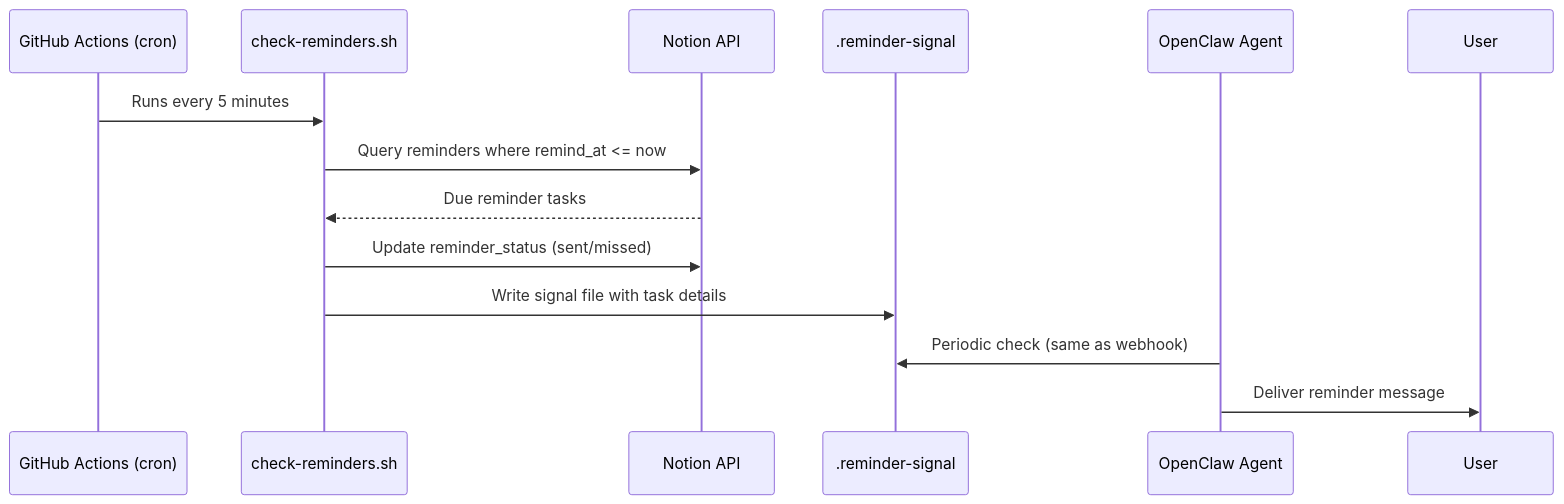
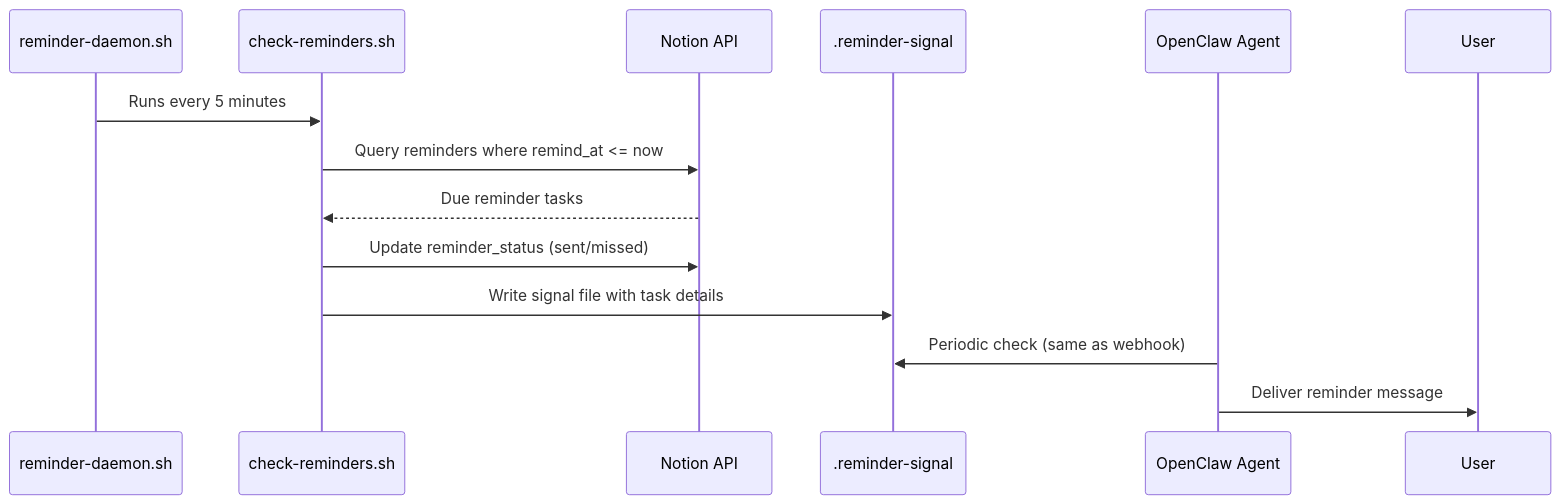
Before and after one commit to NickBorgersProbably/hide-my-list: the fifth of 6 diagrams in docs/architecture.md, drawn with Mermaid. The commit also changed other lines of this file and 8 other files, not shown here.

First line of the commit message:
Replace GitHub Actions cron with local reminder daemon; fix review blockers

````diff
--- a/docs/architecture.md
+++ b/docs/architecture.md
@@ -193,17 +197,17 @@
 ```mermaid
 sequenceDiagram
-    participant Cron as GitHub Actions (cron)
+    participant Daemon as reminder-daemon.sh
     participant Script as check-reminders.sh
     participant Notion as Notion API
     participant Signal as .reminder-signal
     participant Agent as OpenClaw Agent
     participant User
 
-    Cron->>Script: Runs every 5 minutes
+    Daemon->>Script: Runs every 5 minutes
     Script->>Notion: Query reminders where remind_at <= now
     Notion-->>Script: Due reminder tasks
     Script->>Notion: Update reminder_status (sent/missed)
     Script->>Signal: Write signal file with task details
     Agent->>Signal: Periodic check (same as webhook)
     Agent->>User: Deliver reminder message
 ```
````
